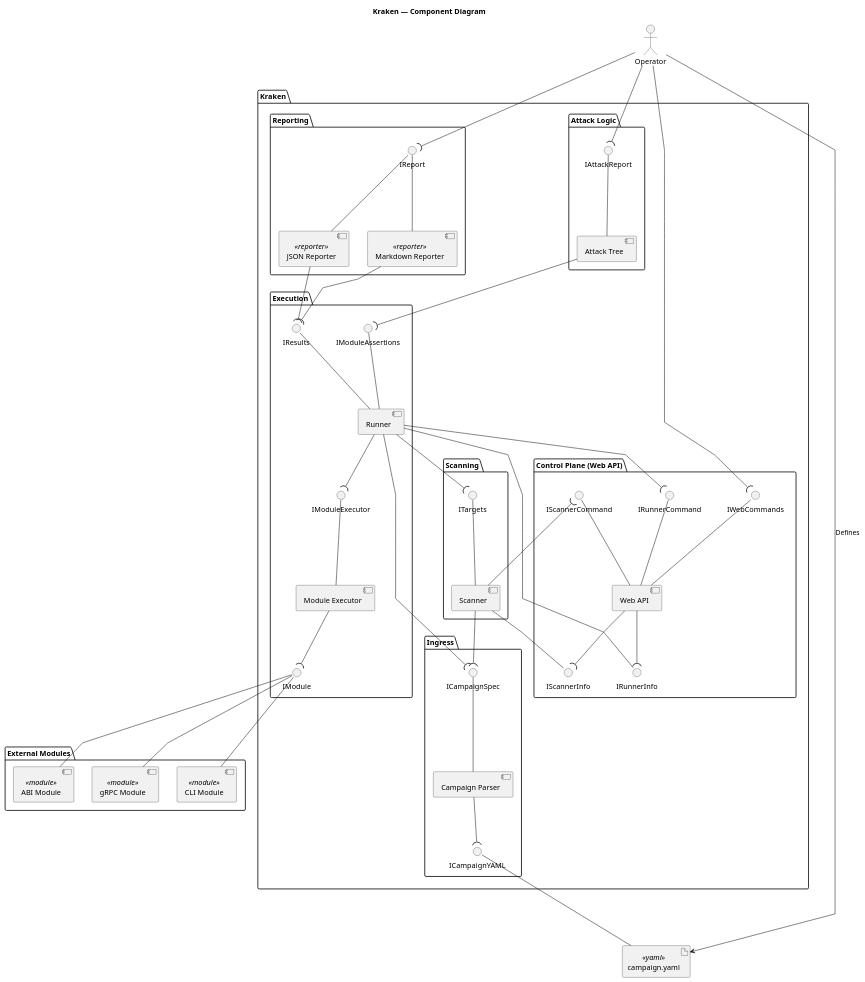
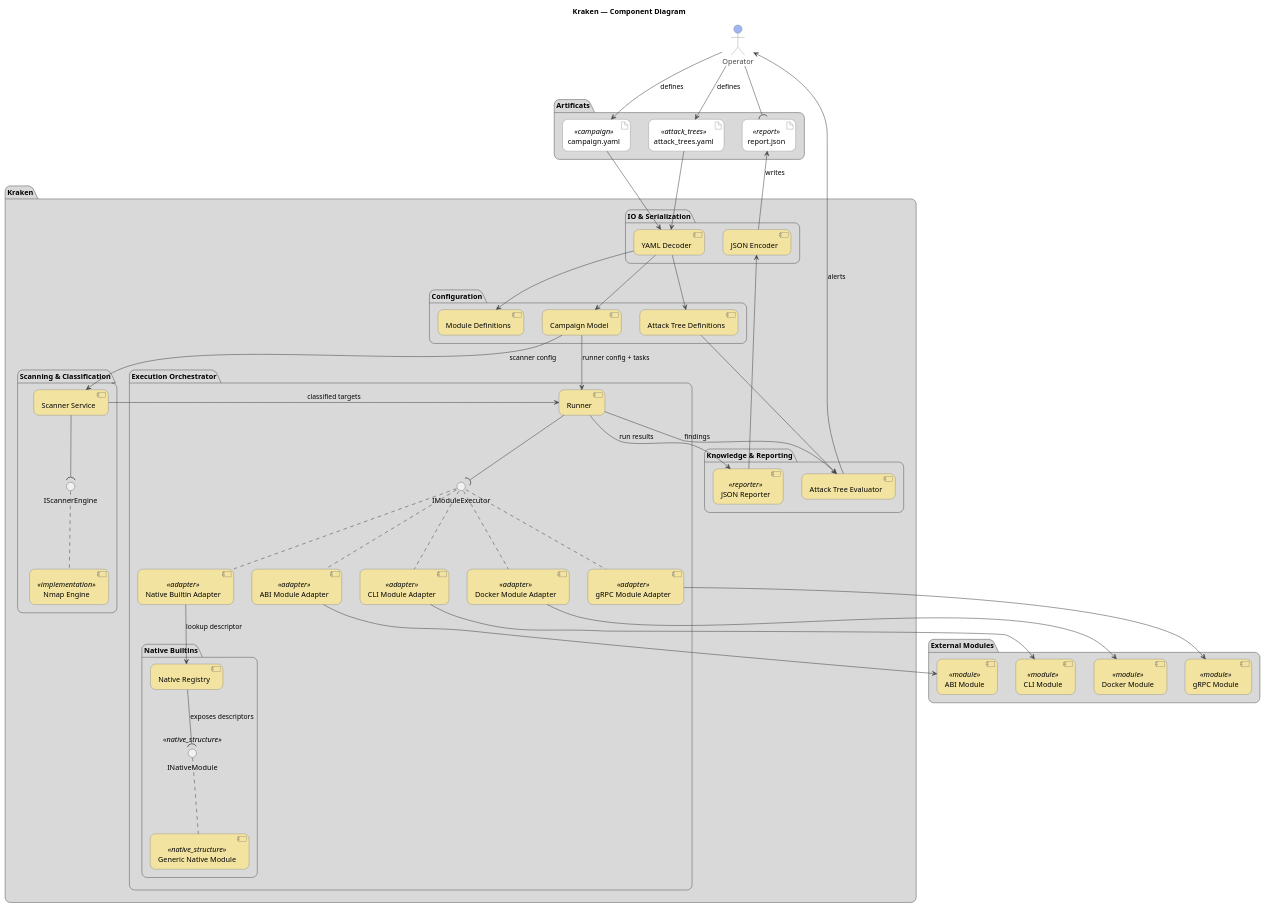
The diagram in docs/kraken/component.puml (bytemomo/nautilus), drawn with PlantUML before and after one commit. The commit also changed 2 other files, not shown here.

Commit message:
fix: update of documentation and component diagram for kraken

```diff
--- a/docs/kraken/component.puml
+++ b/docs/kraken/component.puml
@@ -1,104 +1,134 @@
 @startuml
-'!theme toy
 
-title Kraken — Component Diagram 
-'!pragma layout elk
+!theme vibrant
+skinparam linetype poly
+skinparam roundcorner 20
+skinparam stereotype {
+  BackgroundColor<<campaign>> #F2C5A1
+  BackgroundColor<<attack_trees>> #F2A1A1
+  BackgroundColor<<report>> #A1F2B5
+  BackgroundColor<<native_structure>> #E8E0FF
+  BorderColor #5C5C5C
+}
+skinparam actor {
+  BackgroundColor #A1B5F2
+  BorderColor #5C5C5C
+}
+skinparam package {
+  BackgroundColor #D9D9D9
+  BorderColor #5C5C5C
+}
+skinparam component {
+  BackgroundColor #F2E3A1
+  BorderColor #5C5C5C
+}
+skinparam artifact {
+  BackgroundColor #FFFFFF
+  BorderColor #5C5C5C
+}
 
-' left to right direction
-' skinparam componentStyle rectangle
-skinparam linetype polyline
-' skinparam shadowing false
-' skinparam wrapWidth 240
-' skinparam nodesep 40
-' skinparam ranksep 35
-' skinparam packageStyle rectangle
+title Kraken — Component Diagram
+
+' top to bottom direction
 
 actor "Operator" as ACT
-artifact "campaign.yaml" as YAML <<yaml>>
+
+package "Artificats" {
+    artifact "campaign.yaml" as CAMPAIGN_YAML <<campaign>>
+    artifact "attack_trees.yaml" as ATTACK_TREES_YAML <<attack_trees>>
+    artifact "report.json" as REPORT_JSON <<report>>
+}
 
 package "Kraken" as K {
 
-  package "Ingress" as L1 {
-    [Campaign Parser] as PARSE
-    () "ICampaignYAML" as ICampaignYAML
-    () "ICampaignSpec" as ICampaignSpec
+  package "Configuration" as CONF {
+    [Campaign Model] as CAMP
+    [Attack Tree Definitions] as TREE_DEF
+    [Module Definitions] as MODDEF
   }
 
-  package "Scanning" as L2 {
-    [Scanner] as SCN
-    () "ITargets" as ITargets
+  package "Scanning & Classification" as SCAN {
+    [Scanner Service] as SCN
+    interface IScannerEngine
+    [Nmap Engine] as SCN_NMAP <<implementation>>
   }
 
-  package "Execution" as L3 {
-    [Runner] as RUN
-    [Module Executor] as EXEC
-    () "IModuleExecutor" as IModuleExecutor
-    () "IModule" as IModule
-    () "IResults" as IResults
-    () "IModuleAssertions" as IModuleAssertions
+  package "Execution Orchestrator" as EXEC {
+    [Runner] as RUNNER
+    interface IModuleExecutor
+    [Native Builtin Adapter] as EXEC_NATIVE <<adapter>>
+    [ABI Module Adapter] as EXEC_ABI <<adapter>>
+    [CLI Module Adapter] as EXEC_CLI <<adapter>>
+    [Docker Module Adapter] as EXEC_DOCKER <<adapter>>
+    [gRPC Module Adapter] as EXEC_GRPC <<adapter>>
+
+    package "Native Builtins" as EXEC_NATIVE_PKG {
+      [Native Registry] as REGISTRY
+      interface INativeModule <<native_structure>>
+      [Generic Native Module] as MOD_NATIVE_GENERIC <<native_structure>>
+    }
   }
 
-  package "Reporting" as L4 {
+  package "Knowledge & Reporting" as KNOW {
+    [Attack Tree Evaluator] as ATK
     [JSON Reporter] as REP_JSON <<reporter>>
-    [Markdown Reporter] as REP_MD <<reporter>>
-    () "IReport" as IReport
   }
 
-  package "Attack Logic" as L5 {
-    [Attack Tree] as ATK
-    () "IAttackReport" as IAttackReport
-  }
-
-  package "Control Plane (Web API)" as L6 {
-    [Web API] as WEB
-    () "IWebCommands" as IWebCommands
-    () "IScannerCommand" as IScannerCmd
-    () "IRunnerCommand" as IRunnerCmd
-    () "IScannerInfo" as IScannerInfo
-    () "IRunnerInfo" as IRunnerInfo
+  package "IO & Serialization" as IO {
+    [YAML Decoder] as YAML_DEC
+    [JSON Encoder] as JSON_ENC
   }
 }
 
 package "External Modules" as EXT {
   [ABI Module]  as MOD_ABI  <<module>>
-  [gRPC Module] as MOD_GPR  <<module>>
+  [gRPC Module] as MOD_GRPC <<module>>
   [CLI Module]  as MOD_CLI  <<module>>
+  [Docker Module] as MOD_DOCKER <<module>>
 }
 
-ACT               --> YAML: Defines
-ICampaignYAML     --- YAML
-ICampaignSpec     --- PARSE
-ITargets          --- SCN
-IModuleExecutor   --- EXEC
-IModule           --- MOD_ABI
-IModule           --- MOD_GPR
-IModule           --- MOD_CLI
-IResults          --- RUN
-IModuleAssertions --- RUN
-IReport           --- REP_JSON
-IReport           --- REP_MD
-IAttackReport     --- ATK
-IWebCommands      --- WEB
-IScannerCmd       --- WEB
-IRunnerCmd        --- WEB
-IScannerInfo      --- SCN
-IRunnerInfo       --- RUN
+' Operator workflow
+ACT --> CAMPAIGN_YAML : defines
+ACT --> ATTACK_TREES_YAML : defines
 
-PARSE  --( ICampaignYAML
-SCN    --( ICampaignSpec
-RUN    --( ICampaignSpec
-RUN    --( ITargets
-RUN    --( IModuleExecutor
-EXEC   --( IModule
-REP_JSON --( IResults
-REP_MD   --( IResults
-ATK    --( IModuleAssertions
-ACT    --( IReport
-ACT    --( IAttackReport
-ACT    --( IWebCommands
-SCN    --( IScannerCmd
-RUN    --( IRunnerCmd
-WEB    --( IScannerInfo
-WEB    --( IRunnerInfo
+' Configuration loading
+CAMPAIGN_YAML --> YAML_DEC
+ATTACK_TREES_YAML --> YAML_DEC
+YAML_DEC --> CAMP
+YAML_DEC --> MODDEF
+YAML_DEC --> TREE_DEF
+TREE_DEF --> ATK
+
+' Scanner
+CAMP --> SCN : scanner config
+SCN --( IScannerEngine
+SCN_NMAP .up.. IScannerEngine
+
+' Runner orchestration
+CAMP --> RUNNER : runner config + tasks
+SCN --> RUNNER : classified targets
+RUNNER --( IModuleExecutor
+EXEC_NATIVE .up.. IModuleExecutor
+EXEC_ABI .up.. IModuleExecutor
+EXEC_CLI .up.. IModuleExecutor
+EXEC_DOCKER .up.. IModuleExecutor
+EXEC_GRPC .up.. IModuleExecutor
+EXEC_NATIVE --> REGISTRY : lookup descriptor
+REGISTRY --( INativeModule : exposes descriptors
+MOD_NATIVE_GENERIC .up.. INativeModule
+
+' External modules
+EXEC_ABI --> MOD_ABI
+EXEC_CLI --> MOD_CLI
+EXEC_DOCKER --> MOD_DOCKER
+EXEC_GRPC --> MOD_GRPC
+
+' Reporting + attack trees
+RUNNER --> REP_JSON : run results
+REP_JSON --> JSON_ENC
+JSON_ENC --> REPORT_JSON : writes
+RUNNER --> ATK : findings
+ATK --> ACT : alerts
+ACT --( REPORT_JSON
 
 @enduml
```
